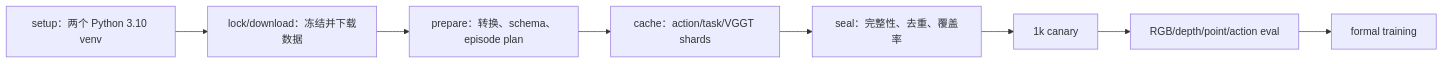
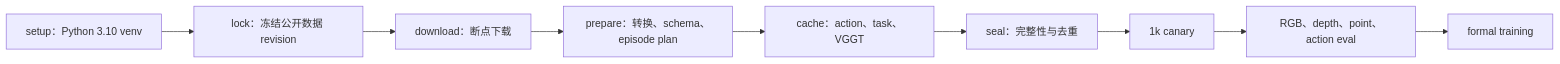
Before and after one commit to wxqnl/world_model: the diagram in README.md, drawn with Mermaid. The commit also changed other lines of this file and 10 other files, not shown here.

````diff
--- a/README.md
+++ b/README.md
@@ -101,10 +166,11 @@
 ```mermaid
 flowchart LR
-  A["setup：两个 Python 3.10 venv"] --> B["lock/download：冻结并下载数据"]
-  B --> C["prepare：转换、schema、episode plan"]
-  C --> D["cache：action/task/VGGT shards"]
-  D --> E["seal：完整性、去重、覆盖率"]
-  E --> F["1k canary"]
-  F --> G["RGB/depth/point/action eval"]
-  G --> H["formal training"]
+  A["setup：Python 3.10 venv"] --> B["lock：冻结公开数据 revision"]
+  B --> C["download：断点下载"]
+  C --> D["prepare：转换、schema、episode plan"]
+  D --> E["cache：action、task、VGGT"]
+  E --> F["seal：完整性与去重"]
+  F --> G["1k canary"]
+  G --> H["RGB、depth、point、action eval"]
+  H --> I["formal training"]
 ```
````
